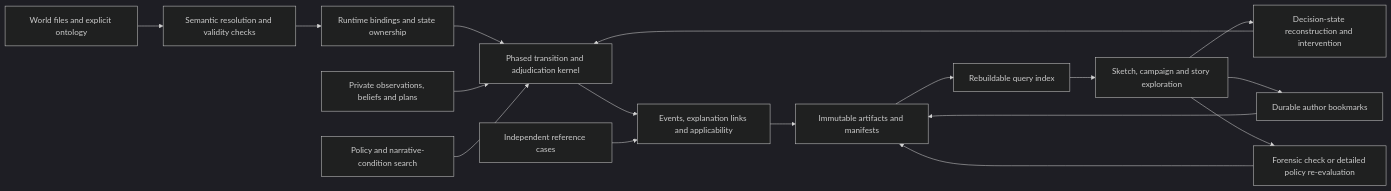
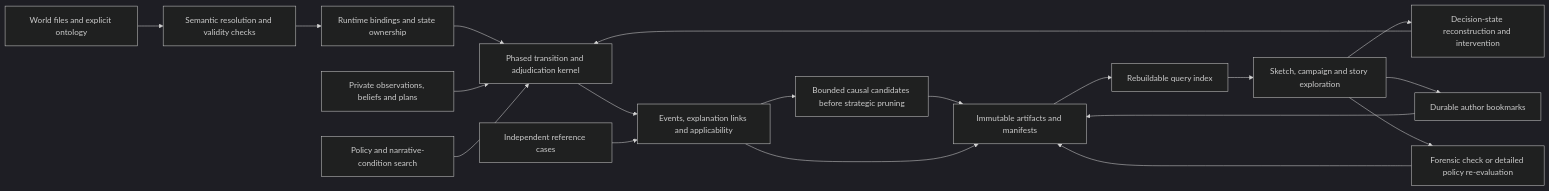
Before and after one commit to c-voelkle/pacifica: the diagram in docs/timeline-lab/model-architecture.md, drawn with Mermaid (dark theme). The commit also changed other lines of this file and 7 other files, not shown here.

Commit message:
docs: specify Timeline Lab v0.7 decision semantics and plot discovery

````diff
--- a/docs/timeline-lab/model-architecture.md
+++ b/docs/timeline-lab/model-architecture.md
@@ -35,19 +35,21 @@
 ```mermaid
 flowchart LR
     Files["World files and explicit ontology"] --> Resolve["Semantic resolution and validity checks"]
     Resolve --> Bind["Runtime bindings and state ownership"]
     Bind --> Fast["Phased transition and adjudication kernel"]
     Actor["Private observations, beliefs and plans"] --> Fast
     Search["Policy and narrative-condition search"] --> Fast
     Fast --> Trace["Events, explanation links and applicability"]
     Ref["Independent reference cases"] --> Trace
-    Trace --> Artifacts["Immutable artifacts and manifests"]
+    Trace --> Candidates["Bounded causal candidates before strategic pruning"]
+    Candidates --> Artifacts["Immutable artifacts and manifests"]
+    Trace --> Artifacts
     Artifacts --> Index["Rebuildable query index"]
     Index --> UI["Sketch, campaign and story exploration"]
     UI --> Branch["Decision-state reconstruction and intervention"]
     Branch --> Fast
     UI --> Saved["Durable author bookmarks"]
     Saved --> Artifacts
     UI --> Detailed["Forensic check or detailed policy re-evaluation"]
     Detailed --> Artifacts
 ```
````
